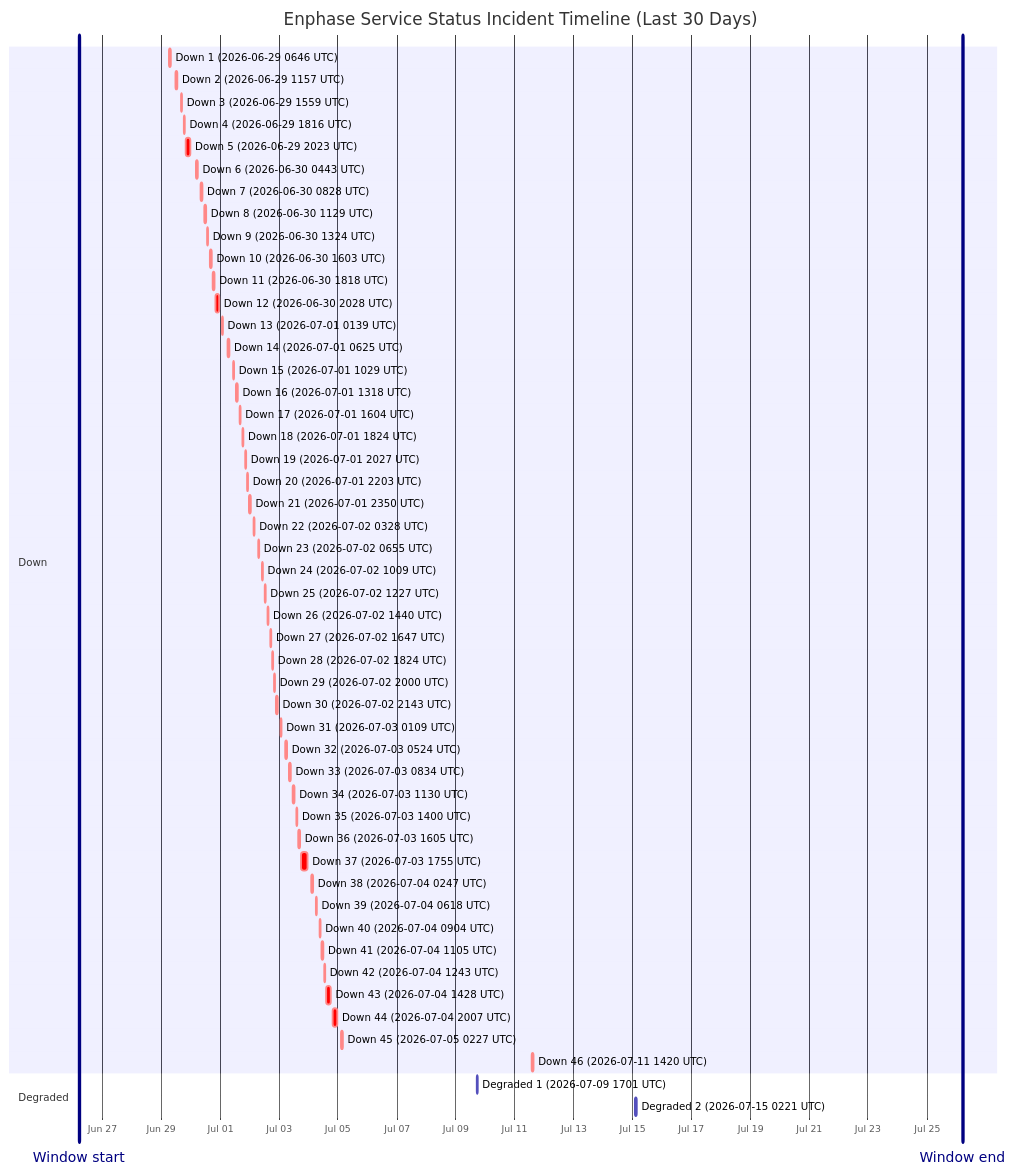
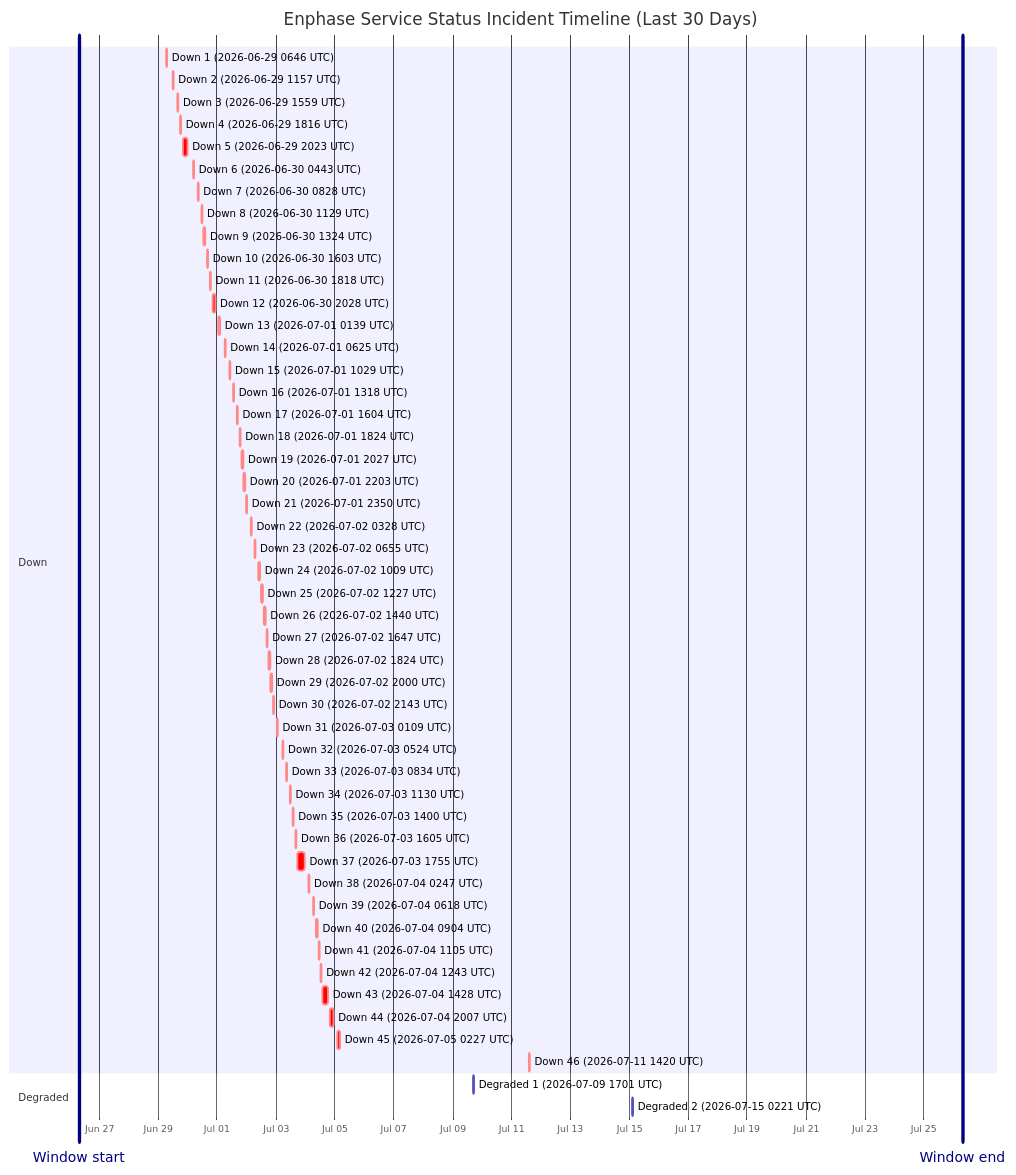
One commit to barneyonline/ha-enphase-energy changed the diagram in wiki/Service-Status-History.md. Above: the diagram before and after it, drawn with Mermaid. The commit also changed other lines of this file and 3 other files, not shown here.

````diff
--- a/wiki/Service-Status-History.md
+++ b/wiki/Service-Status-History.md
@@ -14,58 +14,58 @@
 ```mermaid
 gantt
     title Enphase Service Status Incident Timeline (Last 30 Days)
     dateFormat  YYYY-MM-DDTHH:mm:ss
     axisFormat  %b %d
-    Window start :vert, window-start, 2026-06-26T04:56:26, 0ms
-    Window end :vert, window-end, 2026-07-26T04:56:26, 0ms
+    Window start :vert, window-start, 2026-06-26T07:36:32, 0ms
+    Window end :vert, window-end, 2026-07-26T07:36:32, 0ms
     section Down
     Down 1 (2026-06-29 0646 UTC) :crit, down-1, 2026-06-29T06:46:18, 60m
     Down 2 (2026-06-29 1157 UTC) :crit, down-2, 2026-06-29T11:57:36, 60m
     Down 3 (2026-06-29 1559 UTC) :crit, down-3, 2026-06-29T15:59:02, 60m
     Down 4 (2026-06-29 1816 UTC) :crit, down-4, 2026-06-29T18:16:38, 60m
     Down 5 (2026-06-29 2023 UTC) :crit, down-5, 2026-06-29T20:23:16, 220m
     Down 6 (2026-06-30 0443 UTC) :crit, down-6, 2026-06-30T04:43:54, 60m
     Down 7 (2026-06-30 0828 UTC) :crit, down-7, 2026-06-30T08:28:43, 60m
     Down 8 (2026-06-30 1129 UTC) :crit, down-8, 2026-06-30T11:29:15, 60m
     Down 9 (2026-06-30 1324 UTC) :crit, down-9, 2026-06-30T13:24:25, 60m
     Down 10 (2026-06-30 1603 UTC) :crit, down-10, 2026-06-30T16:03:26, 60m
     Down 11 (2026-06-30 1818 UTC) :crit, down-11, 2026-06-30T18:18:39, 60m
     Down 12 (2026-06-30 2028 UTC) :crit, down-12, 2026-06-30T20:28:54, 171m
     Down 13 (2026-07-01 0139 UTC) :crit, down-13, 2026-07-01T01:39:18, 60m
     Down 14 (2026-07-01 0625 UTC) :crit, down-14, 2026-07-01T06:25:35, 60m
     Down 15 (2026-07-01 1029 UTC) :crit, down-15, 2026-07-01T10:29:24, 60m
     Down 16 (2026-07-01 1318 UTC) :crit, down-16, 2026-07-01T13:18:31, 60m
     Down 17 (2026-07-01 1604 UTC) :crit, down-17, 2026-07-01T16:04:29, 60m
     Down 18 (2026-07-01 1824 UTC) :crit, down-18, 2026-07-01T18:24:21, 60m
     Down 19 (2026-07-01 2027 UTC) :crit, down-19, 2026-07-01T20:27:17, 60m
     Down 20 (2026-07-01 2203 UTC) :crit, down-20, 2026-07-01T22:03:46, 60m
     Down 21 (2026-07-01 2350 UTC) :crit, down-21, 2026-07-01T23:50:52, 60m
     Down 22 (2026-07-02 0328 UTC) :crit, down-22, 2026-07-02T03:28:33, 60m
     Down 23 (2026-07-02 0655 UTC) :crit, down-23, 2026-07-02T06:55:07, 60m
     Down 24 (2026-07-02 1009 UTC) :crit, down-24, 2026-07-02T10:09:15, 60m
     Down 25 (2026-07-02 1227 UTC) :crit, down-25, 2026-07-02T12:27:49, 60m
     Down 26 (2026-07-02 1440 UTC) :crit, down-26, 2026-07-02T14:40:53, 60m
     Down 27 (2026-07-02 1647 UTC) :crit, down-27, 2026-07-02T16:47:47, 60m
     Down 28 (2026-07-02 1824 UTC) :crit, down-28, 2026-07-02T18:24:26, 60m
     Down 29 (2026-07-02 2000 UTC) :crit, down-29, 2026-07-02T20:00:57, 60m
     Down 30 (2026-07-02 2143 UTC) :crit, down-30, 2026-07-02T21:43:52, 80m
     Down 31 (2026-07-03 0109 UTC) :crit, down-31, 2026-07-03T01:09:19, 60m
     Down 32 (2026-07-03 0524 UTC) :crit, down-32, 2026-07-03T05:24:23, 60m
     Down 33 (2026-07-03 0834 UTC) :crit, down-33, 2026-07-03T08:34:05, 60m
     Down 34 (2026-07-03 1130 UTC) :crit, down-34, 2026-07-03T11:30:41, 60m
     Down 35 (2026-07-03 1400 UTC) :crit, down-35, 2026-07-03T14:00:48, 60m
     Down 36 (2026-07-03 1605 UTC) :crit, down-36, 2026-07-03T16:05:49, 60m
     Down 37 (2026-07-03 1755 UTC) :crit, down-37, 2026-07-03T17:55:54, 338m
     Down 38 (2026-07-04 0247 UTC) :crit, down-38, 2026-07-04T02:47:22, 60m
     Down 39 (2026-07-04 0618 UTC) :crit, down-39, 2026-07-04T06:18:09, 60m
     Down 40 (2026-07-04 0904 UTC) :crit, down-40, 2026-07-04T09:04:41, 60m
     Down 41 (2026-07-04 1105 UTC) :crit, down-41, 2026-07-04T11:05:21, 60m
     Down 42 (2026-07-04 1243 UTC) :crit, down-42, 2026-07-04T12:43:25, 60m
     Down 43 (2026-07-04 1428 UTC) :crit, down-43, 2026-07-04T14:28:07, 243m
     Down 44 (2026-07-04 2007 UTC) :crit, down-44, 2026-07-04T20:07:50, 206m
     Down 45 (2026-07-05 0227 UTC) :crit, down-45, 2026-07-05T02:27:32, 109m
     Down 46 (2026-07-11 1420 UTC) :crit, down-46, 2026-07-11T14:20:54, 69m
     section Degraded
     Degraded 1 (2026-07-09 1701 UTC) :active, degraded-1, 2026-07-09T17:01:02, 60m
     Degraded 2 (2026-07-15 0221 UTC) :active, degraded-2, 2026-07-15T02:21:35, 60m
 ```
````
